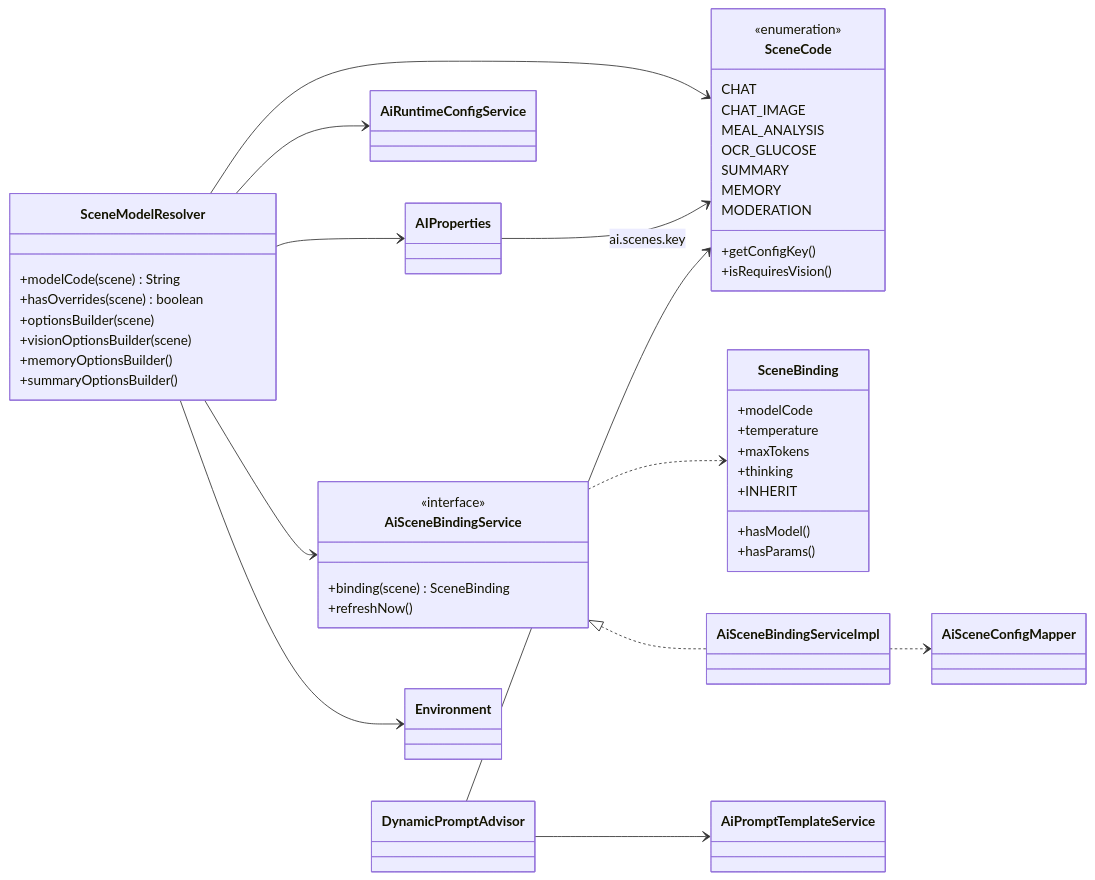
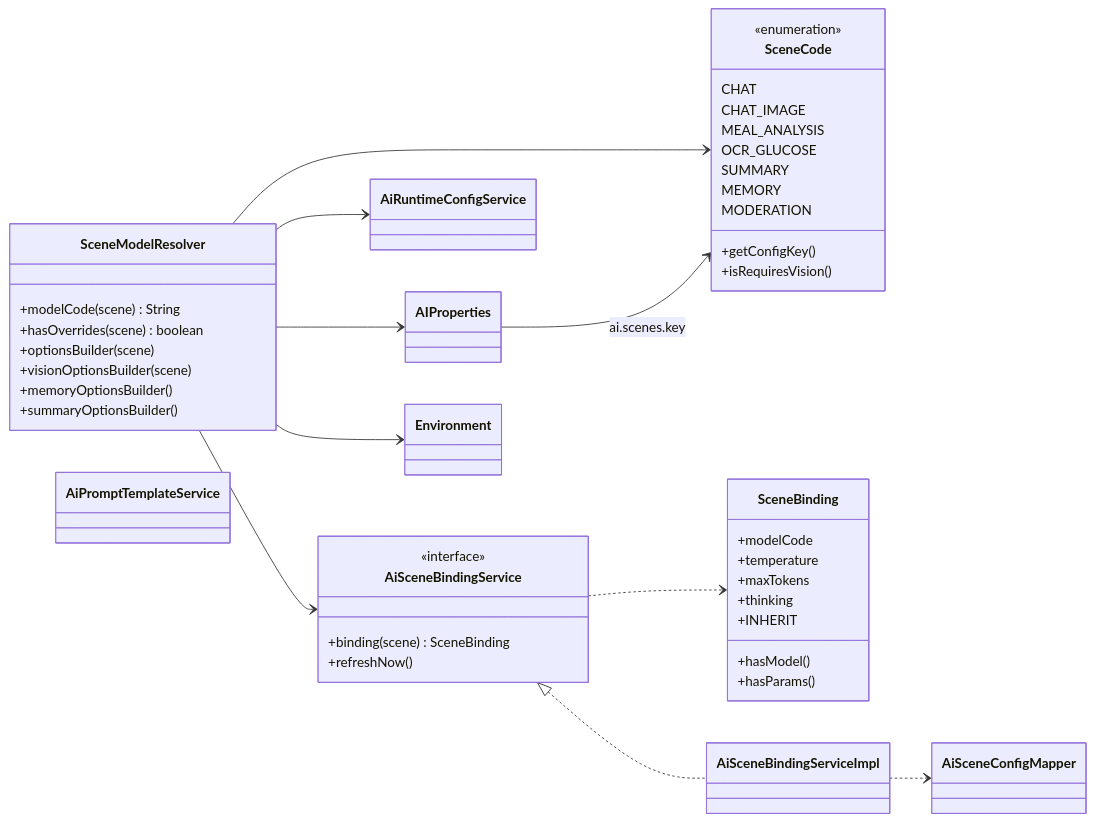
One commit to xiaoyejinjier/GlucoPilot-backend changed the seventh of 9 diagrams in docs/AI-模块UML.md. Above: the diagram before and after it, drawn with Mermaid. The commit also changed other lines of this file and 12 other files, not shown here.

First line of the commit message:
refactor(ai): 系统提示词改为请求级注入，删除 DynamicPromptAdvisor

````diff
--- a/docs/AI-模块UML.md
+++ b/docs/AI-模块UML.md
@@ -398,56 +397,53 @@
 ```mermaid
 classDiagram
     direction LR
 
     class SceneCode {
         <<enumeration>>
         CHAT
         CHAT_IMAGE
         MEAL_ANALYSIS
         OCR_GLUCOSE
         SUMMARY
         MEMORY
         MODERATION
         +getConfigKey()
         +isRequiresVision()
     }
     class SceneModelResolver {
         +modelCode(scene) String
         +hasOverrides(scene) boolean
         +optionsBuilder(scene)
         +visionOptionsBuilder(scene)
         +memoryOptionsBuilder()
         +summaryOptionsBuilder()
     }
     class AiSceneBindingService {
         <<interface>>
         +binding(scene) SceneBinding
         +refreshNow()
     }
     class SceneBinding {
         +modelCode
         +temperature
         +maxTokens
         +thinking
         +hasModel()
         +hasParams()
         +INHERIT
     }
     class AiSceneBindingServiceImpl
     class AiRuntimeConfigService
     class AiPromptTemplateService
     class AIProperties
-    class DynamicPromptAdvisor
 
     SceneModelResolver --> SceneCode
     SceneModelResolver --> AiSceneBindingService
     SceneModelResolver --> AiRuntimeConfigService
     SceneModelResolver --> AIProperties
     SceneModelResolver --> Environment
     AiSceneBindingService <|.. AiSceneBindingServiceImpl
     AiSceneBindingService ..> SceneBinding
     AiSceneBindingServiceImpl ..> AiSceneConfigMapper
     AIProperties --> SceneCode : ai.scenes.key
-    DynamicPromptAdvisor --> SceneCode
-    DynamicPromptAdvisor --> AiPromptTemplateService
 ```
````
